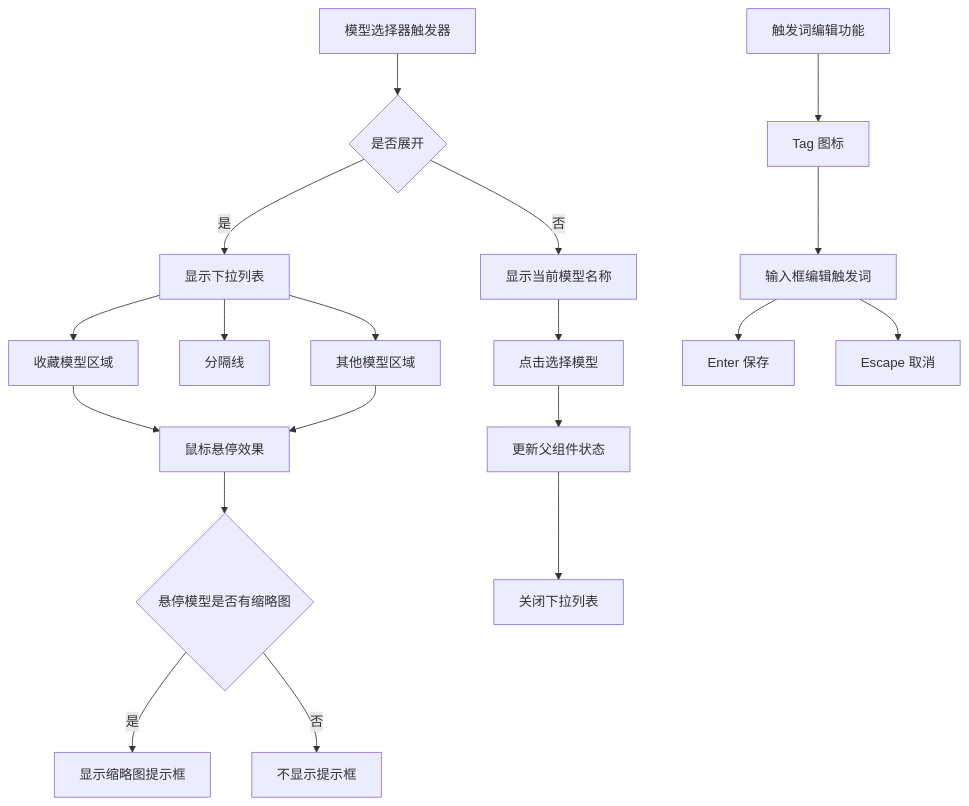
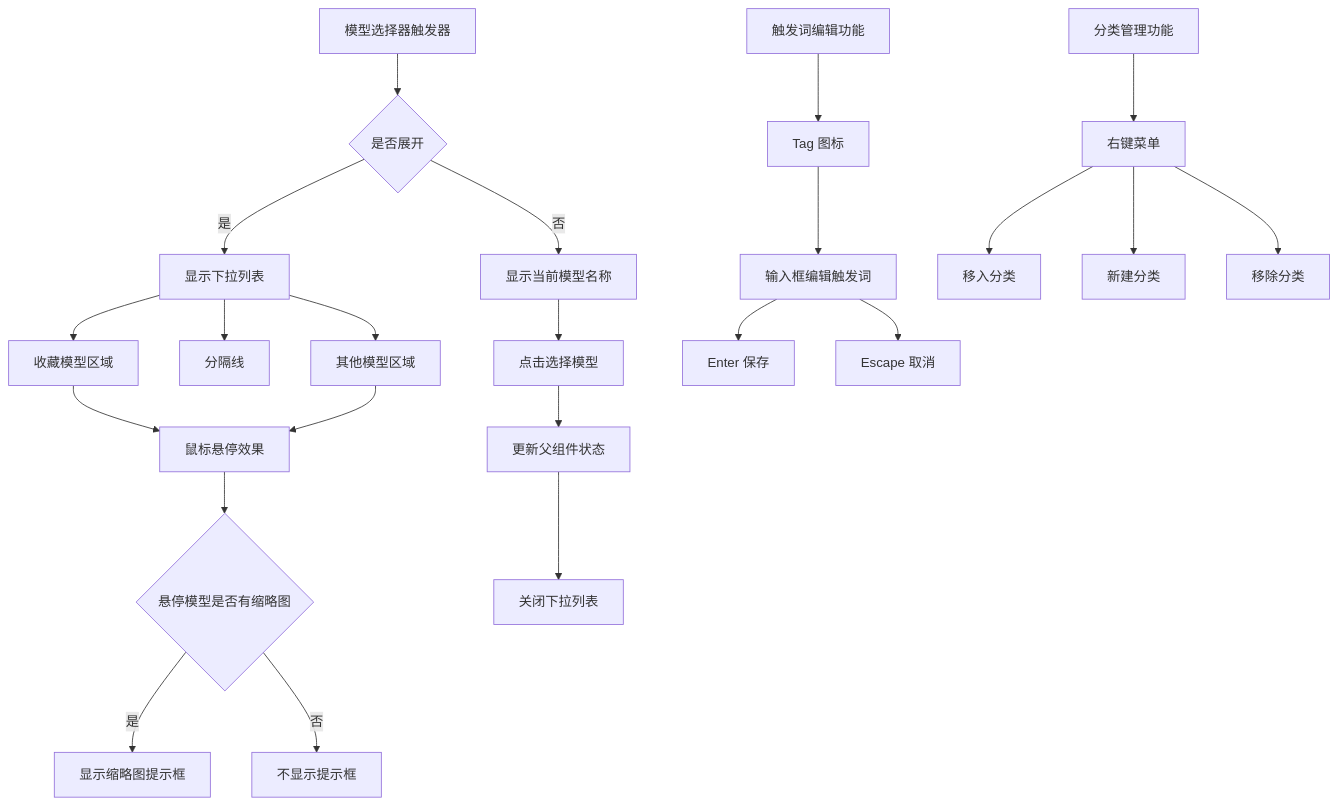
The fifth of 14 diagrams in .qoder/repowiki/zh/content/前端应用/模型元数据管理.md (billye220670/CorineKit_Pix2Real), drawn with Mermaid before and after one commit. The commit also changed other lines of this file and 11 other files, not shown here.

````diff
--- a/.qoder/repowiki/zh/content/前端应用/模型元数据管理.md
+++ b/.qoder/repowiki/zh/content/前端应用/模型元数据管理.md
@@ -232,21 +257,25 @@
 ```mermaid
 flowchart TD
 A[模型选择器触发器] --> B{是否展开}
 B --> |否| C[显示当前模型名称]
 B --> |是| D[显示下拉列表]
 D --> E[收藏模型区域]
 D --> F[分隔线]
 D --> G[其他模型区域]
 E --> H[鼠标悬停效果]
 G --> H
 H --> I{悬停模型是否有缩略图}
 I --> |是| J[显示缩略图提示框]
 I --> |否| K[不显示提示框]
 C --> L[点击选择模型]
 L --> M[更新父组件状态]
 M --> N[关闭下拉列表]
 O[触发词编辑功能] --> P[Tag 图标]
 P --> Q[输入框编辑触发词]
 Q --> R[Enter 保存]
 Q --> S[Escape 取消]
+T[分类管理功能] --> U[右键菜单]
+U --> V[移入分类]
+U --> W[新建分类]
+U --> X[移除分类]
 ```
````
